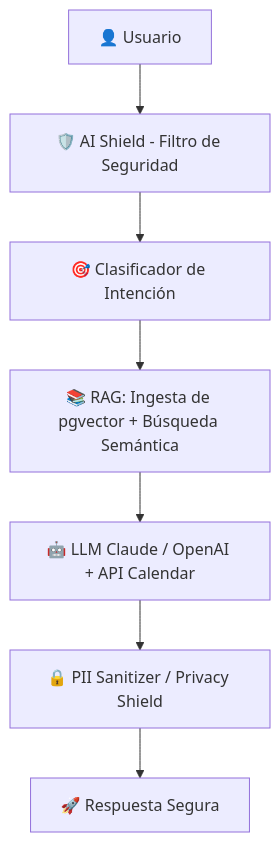
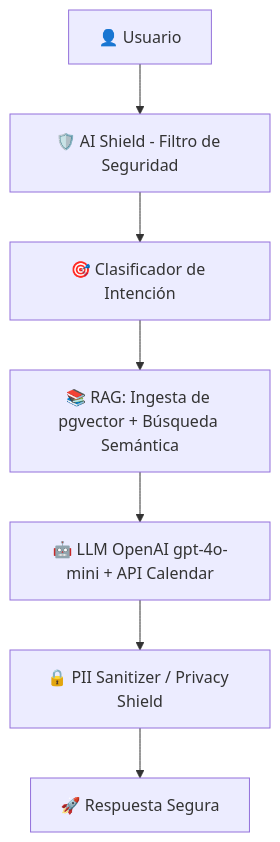
The diagram in README.md (dannisk9/sentinel-factory-architecture), drawn with Mermaid before and after one commit. The commit also changed other lines of this file, not shown here.

````diff
--- a/README.md
+++ b/README.md
@@ -19,9 +27,9 @@
 ```mermaid
 graph TD
     A[👤 Usuario] --> B[🛡️ AI Shield - Filtro de Seguridad]
     B --> C[🎯 Clasificador de Intención]
     C --> D[📚 RAG: Ingesta de pgvector + Búsqueda Semántica]
-    D --> E[🤖 LLM Claude / OpenAI + API Calendar]
+    D --> E[🤖 LLM OpenAI gpt-4o-mini + API Calendar]
     E --> F[🔒 PII Sanitizer / Privacy Shield]
     F --> G[🚀 Respuesta Segura]
 ```
````
